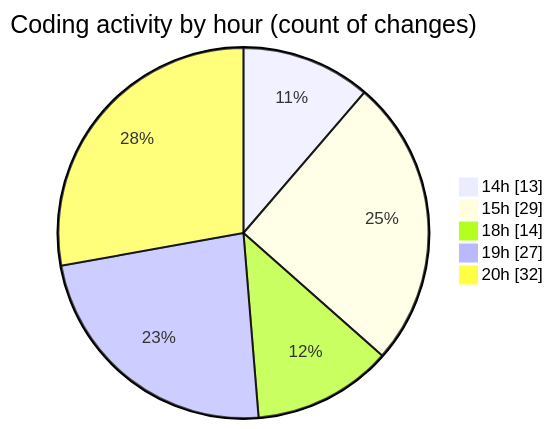
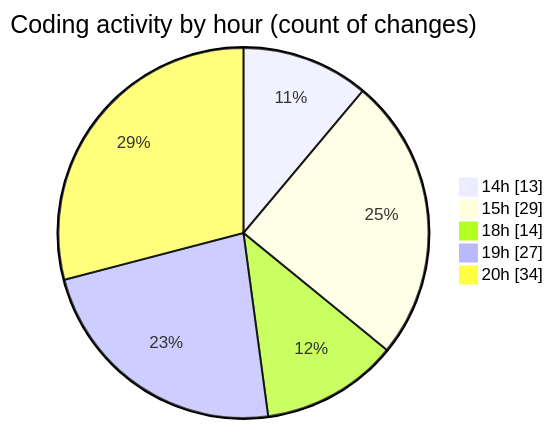
One commit to Ritupan-Deka/code-tracking changed the second of 2 diagrams in 2025-06-23/scopecraft/README.md. Above: the diagram before and after it, drawn with Mermaid. The commit also changed other lines of this file and 1 other file, not shown here.

````diff
--- a/2025-06-23/scopecraft/README.md
+++ b/2025-06-23/scopecraft/README.md
@@ -51,9 +53,9 @@
 ```mermaid
 pie showData
 title Coding activity by hour (count of changes)
 "14h" : 13
 "15h" : 29
 "18h" : 14
 "19h" : 27
-"20h" : 32
+"20h" : 34
 ```
````
